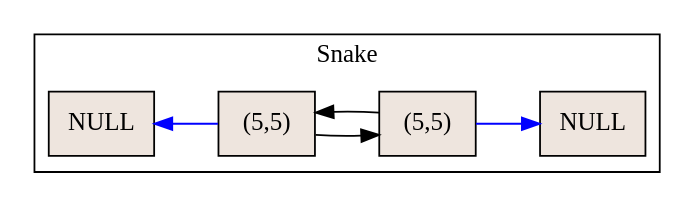
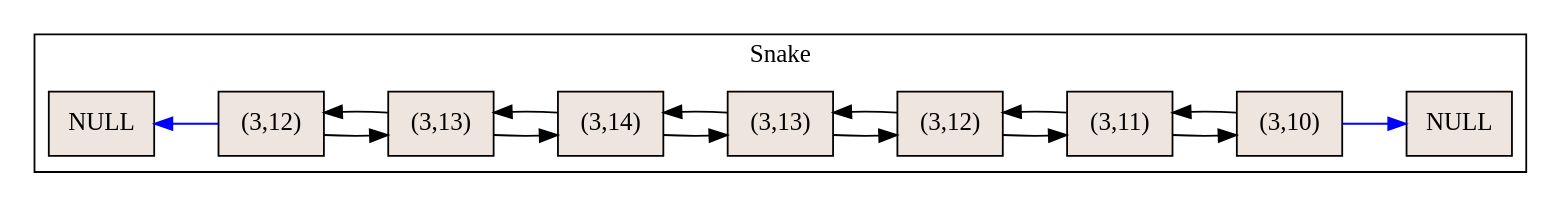
The diagram in ListaDobleSnake.dot (Eduardo01004/-EDD-_1S2019_P1_201612124), drawn with Graphviz before and after one commit. The commit also changed 3 other files, not shown here.

```diff
--- a/ListaDobleSnake.dot
+++ b/ListaDobleSnake.dot
@@ -1,14 +1,29 @@
 digraph G {rankdir = "LR"; 
  subgraph cluster3{
 label="Snake";
 h[shape=record, style=filled, fillcolor=seashell2,label="NULL"];
-1911717[shape=record, style=filled, fillcolor=seashell2,label="(5,5)"];
-h->1911717[dir=back color="blue"]
-1911717[shape=record, style=filled, fillcolor=seashell2,label="(5,5)"];
-1911717->1911731
-1911731->1911717
-1911731[shape=record, style=filled, fillcolor=seashell2,label="(5,5)"];
+936195[shape=record, style=filled, fillcolor=seashell2,label="(3,12)"];
+h->936195[dir=back color="blue"]
+936195[shape=record, style=filled, fillcolor=seashell2,label="(3,12)"];
+936195->936211
+936211->936195
+936211[shape=record, style=filled, fillcolor=seashell2,label="(3,13)"];
+936211->936199
+936199->936211
+936199[shape=record, style=filled, fillcolor=seashell2,label="(3,14)"];
+936199->936207
+936207->936199
+936207[shape=record, style=filled, fillcolor=seashell2,label="(3,13)"];
+936207->936215
+936215->936207
+936215[shape=record, style=filled, fillcolor=seashell2,label="(3,12)"];
+936215->930325
+930325->936215
+930325[shape=record, style=filled, fillcolor=seashell2,label="(3,11)"];
+930325->928829
+928829->930325
+928829[shape=record, style=filled, fillcolor=seashell2,label="(3,10)"];
 null[shape=record, style=filled, fillcolor=seashell2,label="NULL"];
-1911731->null[ color="blue"]
+928829->null[ color="blue"]
 }
 }
```
